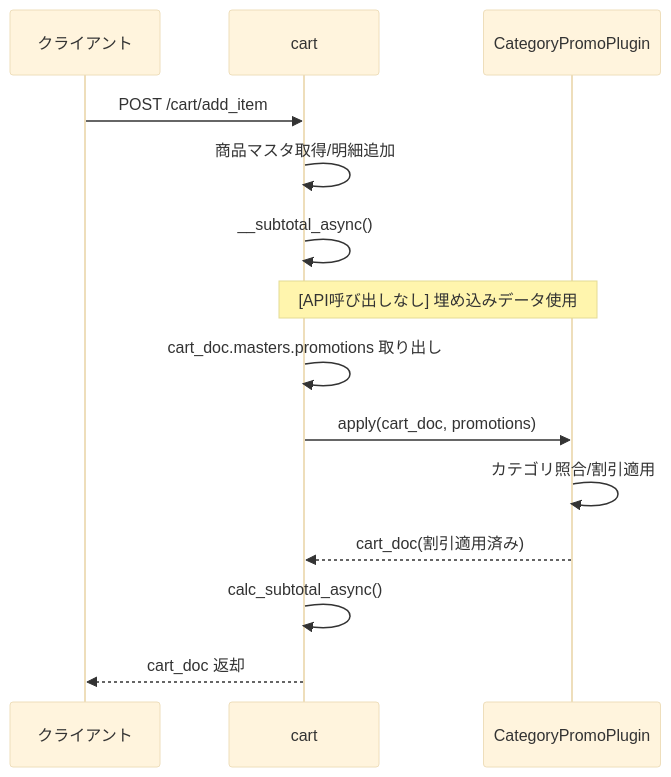
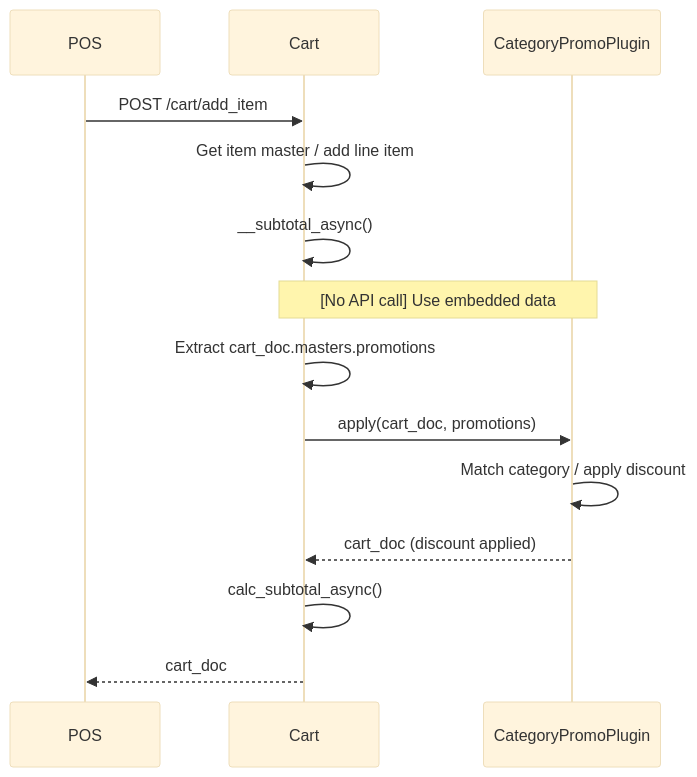
The fourth of 6 diagrams in specs/71-promotion-cache/sequence-comparison.md (kugel-masa/kugelpos-backend), drawn with Mermaid (base theme) before and after one commit. The commit also changed other lines of this file and 1 other file, not shown here.

Commit message:
docs: Add proposal document and translate sequence diagrams to English (#71)

````diff
--- a/specs/71-promotion-cache/sequence-comparison.md
+++ b/specs/71-promotion-cache/sequence-comparison.md
@@ -77,17 +77,17 @@
 ```mermaid
 sequenceDiagram
-    participant Client as クライアント
-    participant Cart as cart
+    participant POS
+    participant Cart
     participant Plugin as CategoryPromoPlugin
 
-    Client->>Cart: POST /cart/add_item
-    Cart->>Cart: 商品マスタ取得/明細追加
+    POS->>Cart: POST /cart/add_item
+    Cart->>Cart: Get item master / add line item
     Cart->>Cart: __subtotal_async()
-    Note over Cart,Plugin: [API呼び出しなし] 埋め込みデータ使用
-    Cart->>Cart: cart_doc.masters.promotions 取り出し
+    Note over Cart,Plugin: [No API call] Use embedded data
+    Cart->>Cart: Extract cart_doc.masters.promotions
     Cart->>Plugin: apply(cart_doc, promotions)
-    Plugin->>Plugin: カテゴリ照合/割引適用
-    Plugin-->>Cart: cart_doc(割引適用済み)
+    Plugin->>Plugin: Match category / apply discount
+    Plugin-->>Cart: cart_doc (discount applied)
     Cart->>Cart: calc_subtotal_async()
-    Cart-->>Client: cart_doc 返却
+    Cart-->>POS: cart_doc
 ```
````
